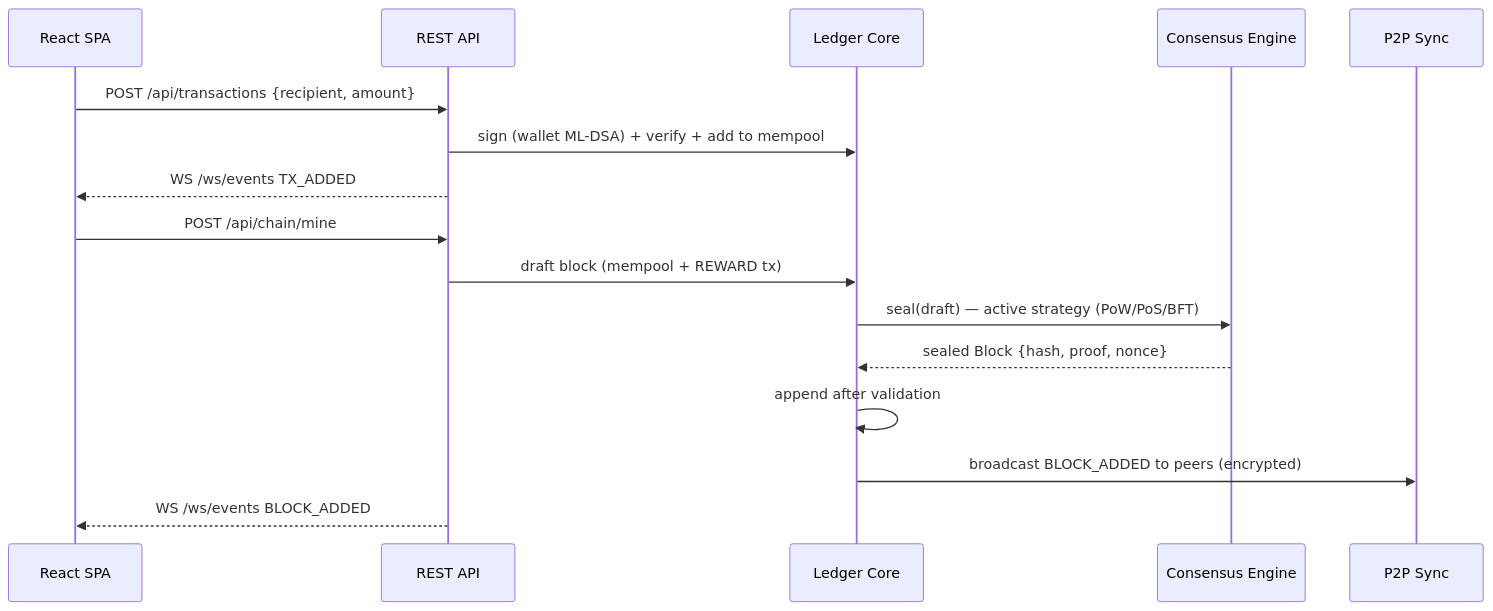
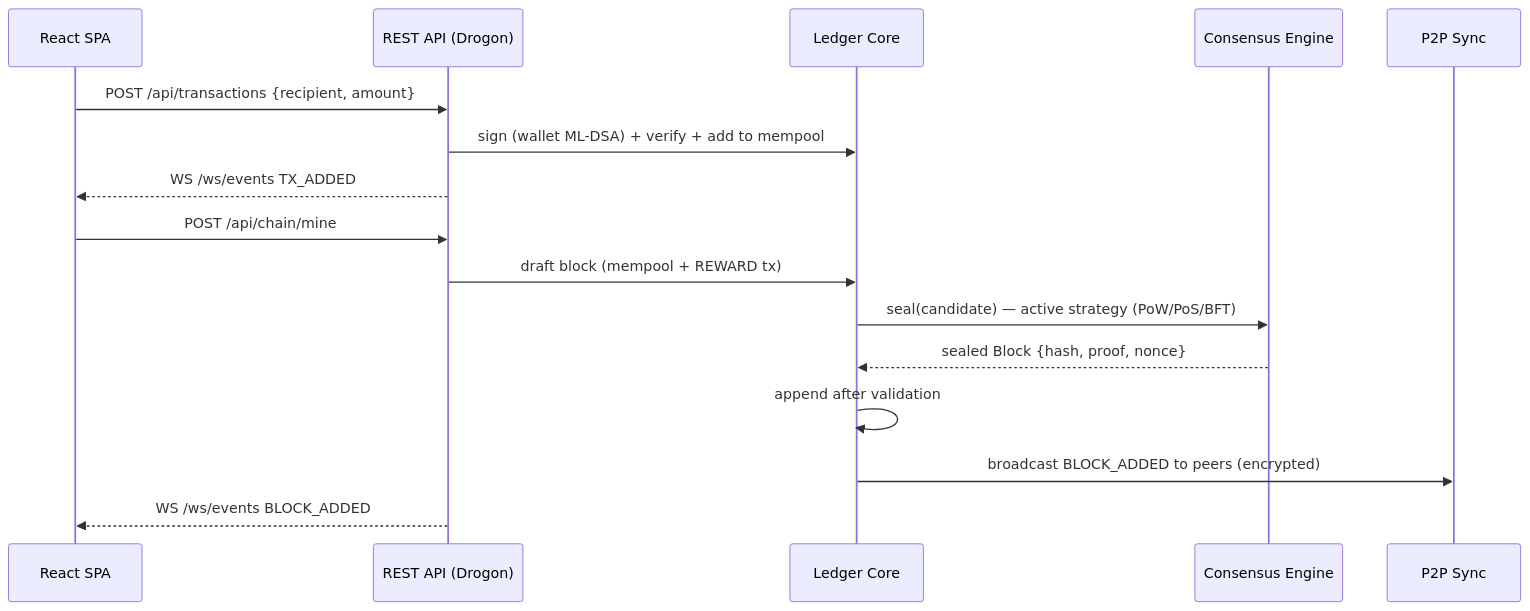
The fifth of 5 diagrams in app02_cpp_block/docs/sdlc/01-system-architecture.md (hermesnauka/legal-blockchain-study), drawn with Mermaid before and after one commit. The commit also changed other lines of this file and 128 other files, not shown here.

````diff
--- a/app02_cpp_block/docs/sdlc/01-system-architecture.md
+++ b/app02_cpp_block/docs/sdlc/01-system-architecture.md
@@ -201,18 +199,18 @@
 ```mermaid
 sequenceDiagram
     participant UI as React SPA
-    participant API as REST API
+    participant API as REST API (Drogon)
     participant Core as Ledger Core
     participant CE as Consensus Engine
     participant P2P as P2P Sync
     UI->>API: POST /api/transactions {recipient, amount}
     API->>Core: sign (wallet ML-DSA) + verify + add to mempool
     API-->>UI: WS /ws/events TX_ADDED
     UI->>API: POST /api/chain/mine
     API->>Core: draft block (mempool + REWARD tx)
-    Core->>CE: seal(draft) — active strategy (PoW/PoS/BFT)
+    Core->>CE: seal(candidate) — active strategy (PoW/PoS/BFT)
     CE-->>Core: sealed Block {hash, proof, nonce}
     Core->>Core: append after validation
     Core->>P2P: broadcast BLOCK_ADDED to peers (encrypted)
     API-->>UI: WS /ws/events BLOCK_ADDED
 ```
````
